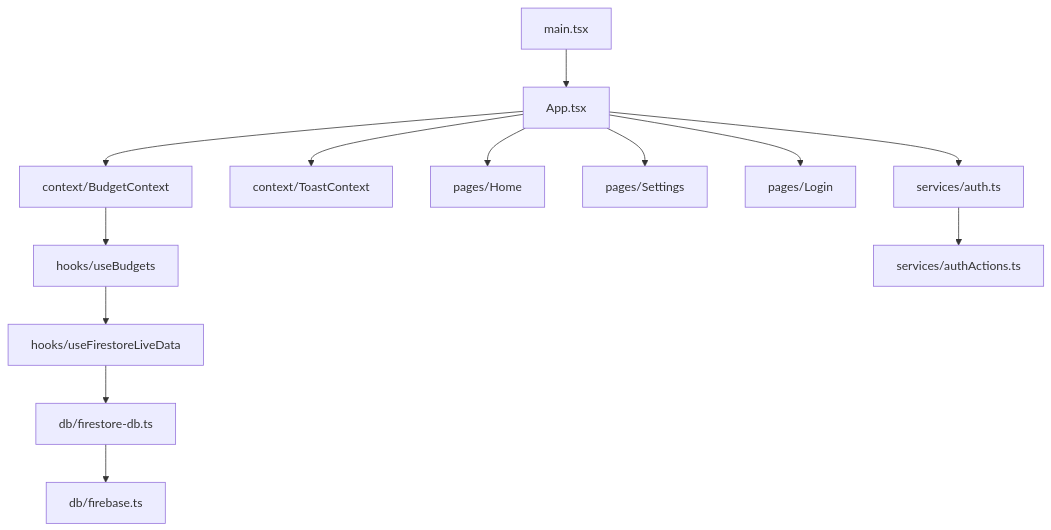
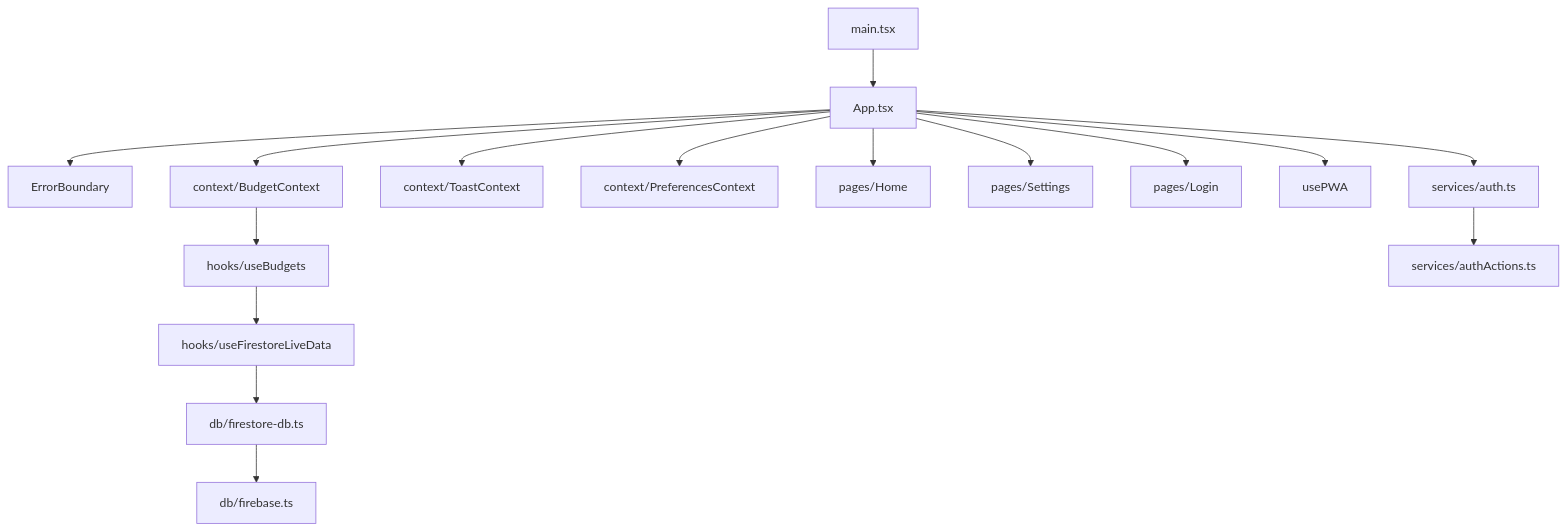
Before and after one commit to argaghulamahmad/FireBudgetTrackerForecaster: the diagram in CLAUDE.md, drawn with Mermaid. The commit also changed other lines of this file and 9 other files, not shown here.

````diff
--- a/CLAUDE.md
+++ b/CLAUDE.md
@@ -15,13 +17,16 @@
 ```mermaid
 graph TD
   main.tsx --> App.tsx
+  App.tsx --> ErrorBoundary
   App.tsx --> context/BudgetContext
   App.tsx --> context/ToastContext
+  App.tsx --> context/PreferencesContext
   App.tsx --> pages/Home & pages/Settings & pages/Login
+  App.tsx --> usePWA
   context/BudgetContext --> hooks/useBudgets
   hooks/useBudgets --> hooks/useFirestoreLiveData
   hooks/useFirestoreLiveData --> db/firestore-db.ts
   db/firestore-db.ts --> db/firebase.ts
   App.tsx --> services/auth.ts
   services/auth.ts --> services/authActions.ts
 ```
````
